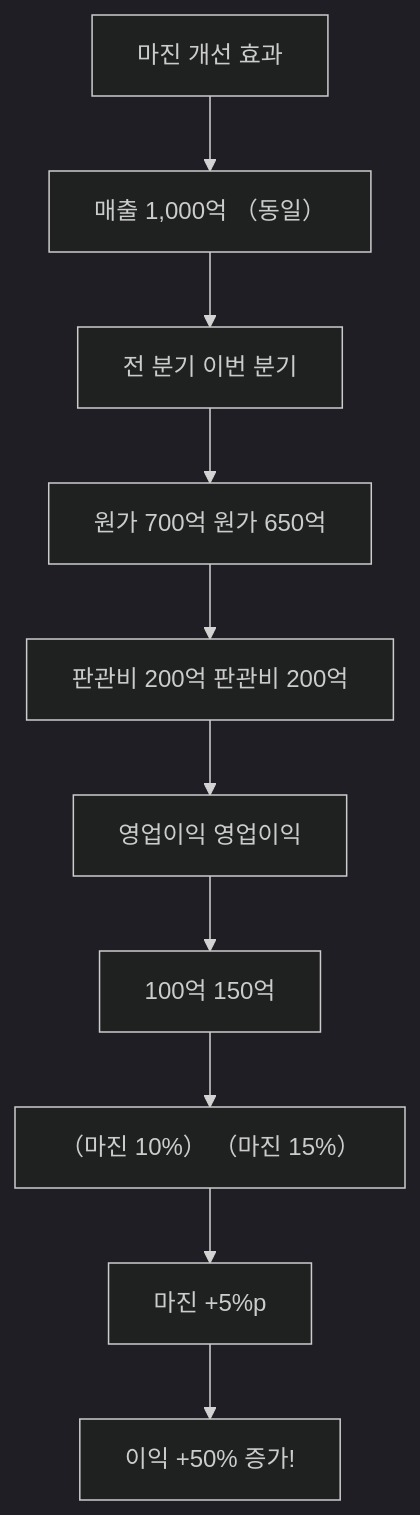
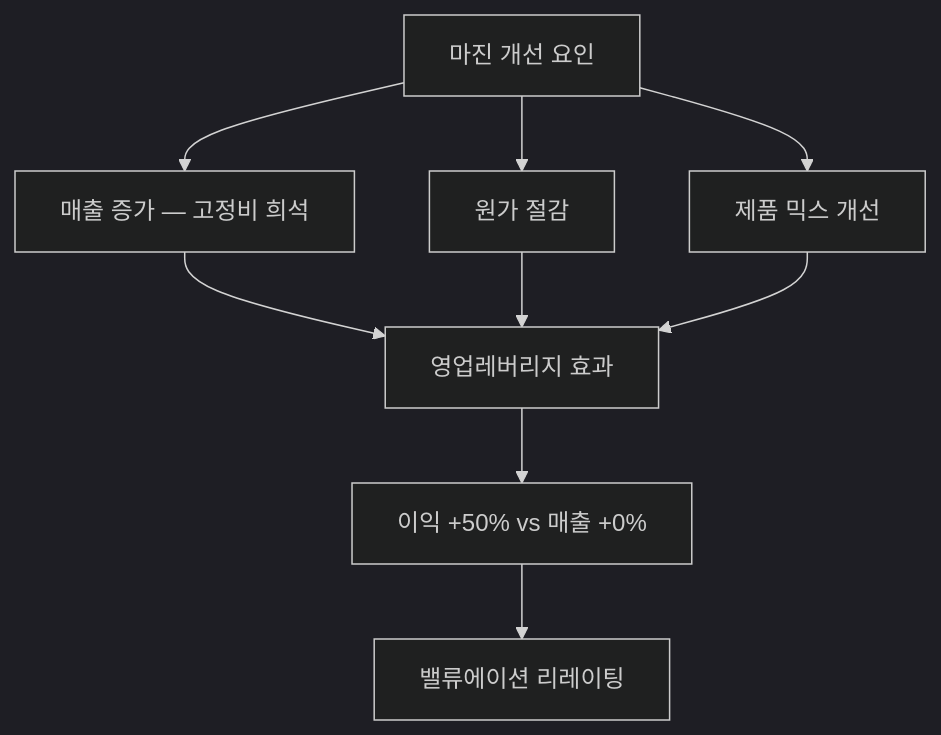
Before and after one commit to yeongseon/stock-visual-note: the diagram in content/stock-terms/ko/level-08-industry-macro/margin-improvement.md, drawn with Mermaid (dark theme). The commit also changed other lines of this file and 96 other files, not shown here.

Commit message:
Rewrite all 98 remaining articles: branching Mermaid diagrams, natural search_intent, compelling seo_titles, clean descriptions

````diff
--- a/content/stock-terms/ko/level-08-industry-macro/margin-improvement.md
+++ b/content/stock-terms/ko/level-08-industry-macro/margin-improvement.md
@@ -42,22 +42,12 @@
 ```mermaid
 graph TD
-    A0["마진 개선 효과"]
-    A1["매출 1,000억 （동일）"]
-    A2["전 분기 이번 분기"]
-    A3["원가 700억 원가 650억"]
-    A4["판관비 200억 판관비 200억"]
-    A5["영업이익 영업이익"]
-    A6["100억 150억"]
-    A7["（마진 10%） （마진 15%）"]
-    A8["마진 +5%p"]
-    A9["이익 +50% 증가!"]
-    A0 --> A1
-    A1 --> A2
-    A2 --> A3
-    A3 --> A4
-    A4 --> A5
-    A5 --> A6
-    A6 --> A7
-    A7 --> A8
-    A8 --> A9
+    A["마진 개선 요인"]
+    A --> B["매출 증가 — 고정비 희석"]
+    A --> C["원가 절감"]
+    A --> D["제품 믹스 개선"]
+    B --> E["영업레버리지 효과"]
+    C --> E
+    D --> E
+    E --> F["이익 +50% vs 매출 +0%"]
+    F --> G["밸류에이션 리레이팅"]
 ```
````
